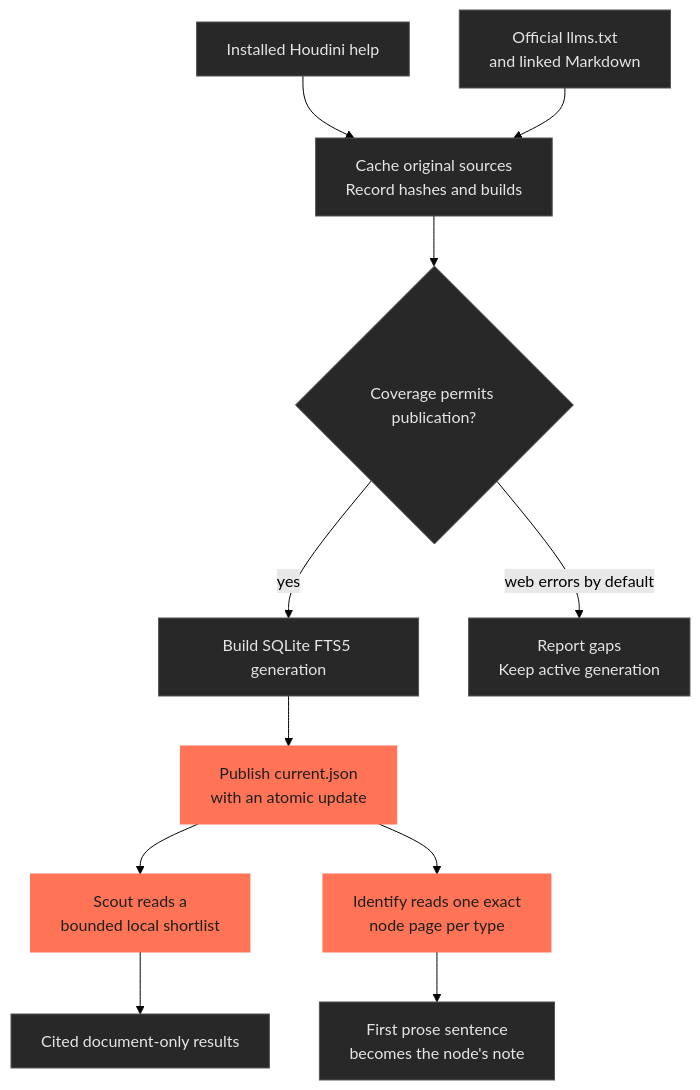
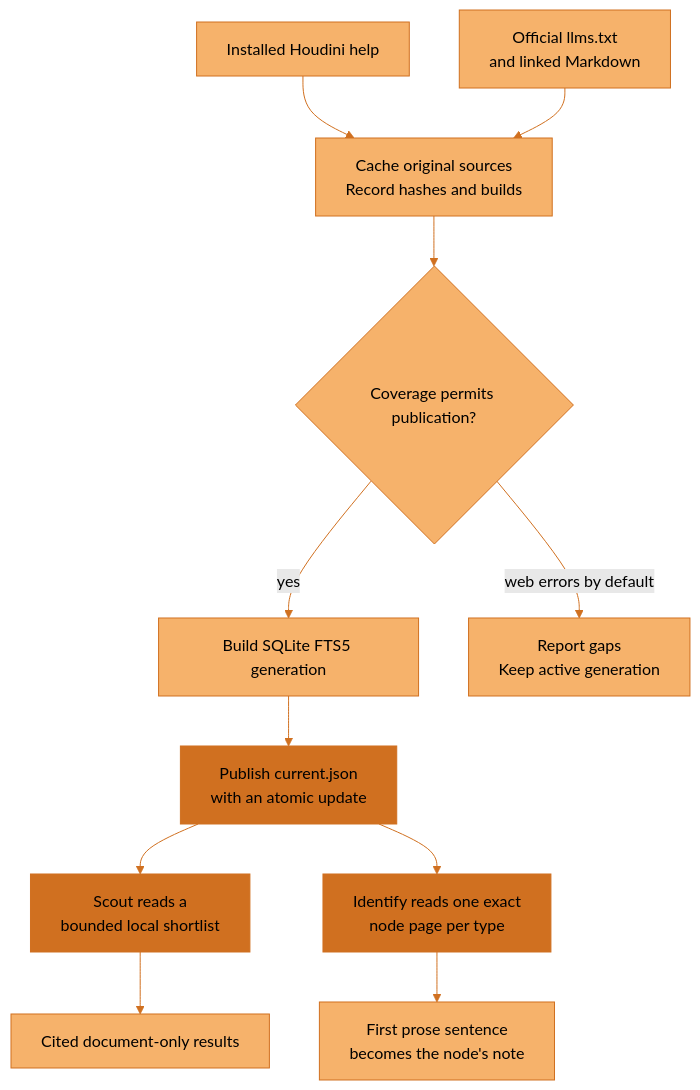
One commit to JosephOIbrahim/Synapse changed the diagram in docs/studio/SIDEFX_LIBRARY.md. Above: the diagram before and after it, drawn with Mermaid (forest theme). The commit also changed 9 other files, not shown here.

````diff
--- a/docs/studio/SIDEFX_LIBRARY.md
+++ b/docs/studio/SIDEFX_LIBRARY.md
@@ -15,18 +15,19 @@
 ```mermaid
 flowchart TD
     accTitle: Build the SideFX library once, query the published index locally
     accDescr: Installed help and the official Markdown index feed a resumable cache. A coverage check protects publication. A new SQLite generation becomes active through an atomic pointer. Scout reads a bounded shortlist, and Identify reads one exact node page per type; runtime symbol checks remain separate.
     I["Installed Houdini help"] --> C["Cache original sources<br/>Record hashes and builds"]
     W["Official llms.txt<br/>and linked Markdown"] --> C
     C --> G{"Coverage permits publication?"}
     G -->|"yes"| B["Build SQLite FTS5 generation"]
     G -->|"web errors by default"| E["Report gaps<br/>Keep active generation"]
     B --> P["Publish current.json<br/>with an atomic update"]
     P --> Q["Scout reads a<br/>bounded local shortlist"]
     Q --> R["Cited document-only results"]
     P --> D["Identify reads one exact<br/>node page per type"]
     D --> N["First prose sentence<br/>becomes the node's note"]
-    classDef default fill:#282828,stroke:#555555,color:#E5E5E5
-    classDef synapse fill:#FF7457,stroke:#FF7457,color:#1F1F1F
+    classDef default fill:#F6B26B,stroke:#D07020,color:#000000
+    classDef synapse fill:#D07020,stroke:#D07020,color:#000000
     class P,Q,D synapse
+    linkStyle default stroke:#D07020
 ```
````
